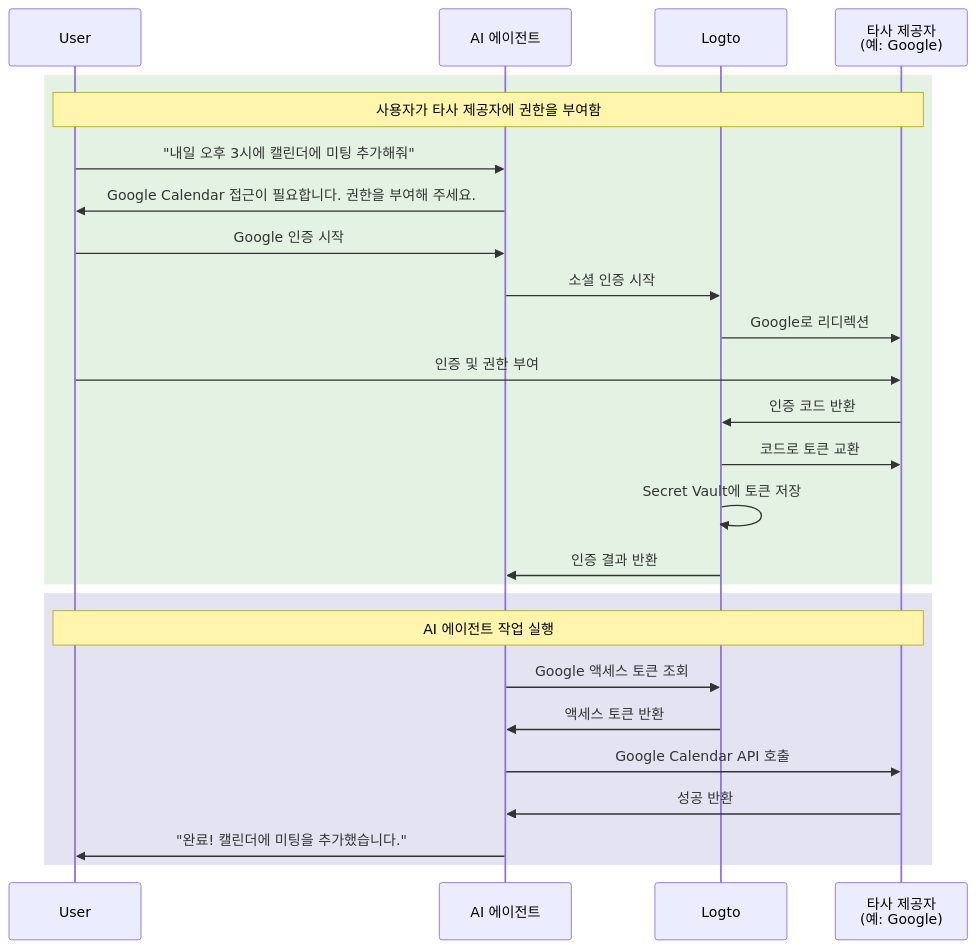
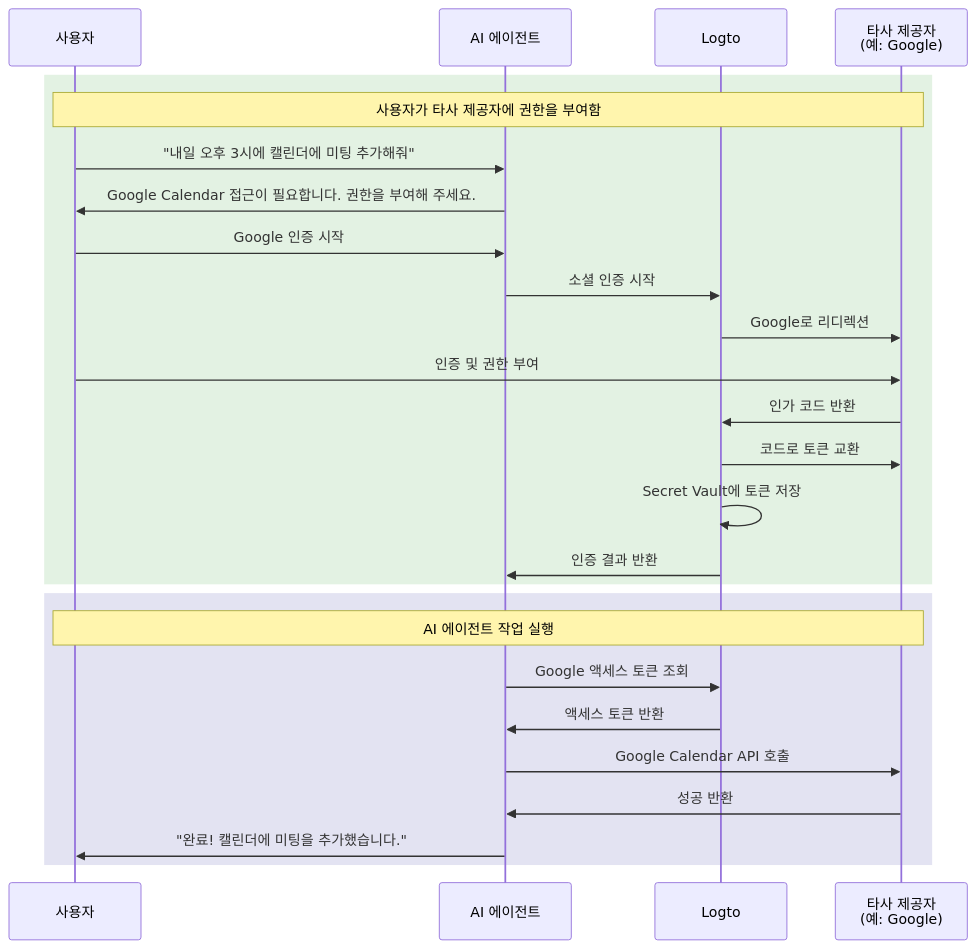
The diagram in i18n/ko/docusaurus-plugin-content-docs/current/use-cases/ai/connect-your-agent-to-third-party-apis.mdx (logto-io/docs), drawn with Mermaid before and after one commit. The commit also changed other lines of this file and 89 other files, not shown here.

````diff
--- a/i18n/ko/docusaurus-plugin-content-docs/current/use-cases/ai/connect-your-agent-to-third-party-apis.mdx
+++ b/i18n/ko/docusaurus-plugin-content-docs/current/use-cases/ai/connect-your-agent-to-third-party-apis.mdx
@@ -32,30 +36,30 @@
 ```mermaid
 sequenceDiagram
-    participant User
+    participant User as 사용자
     participant Agent as AI 에이전트
     participant Logto
     participant Google as 타사 제공자<br/>(예: Google)
 
     rect rgba(200, 230, 200, 0.5)
         Note over User, Google: 사용자가 타사 제공자에 권한을 부여함
         User->>Agent: "내일 오후 3시에 캘린더에 미팅 추가해줘"
         Agent->>User: Google Calendar 접근이 필요합니다. 권한을 부여해 주세요.
         User->>Agent: Google 인증 시작
         Agent->>Logto: 소셜 인증 시작
         Logto->>Google: Google로 리디렉션
         User->>Google: 인증 및 권한 부여
-        Google->>Logto: 인증 코드 반환
+        Google->>Logto: 인가 코드 반환
         Logto->>Google: 코드로 토큰 교환
         Logto->>Logto: Secret Vault에 토큰 저장
         Logto->>Agent: 인증 결과 반환
     end
 
     rect rgba(200, 200, 230, 0.5)
         Note over User, Google: AI 에이전트 작업 실행
         Agent->>Logto: Google 액세스 토큰 조회
         Logto->>Agent: 액세스 토큰 반환
         Agent->>Google: Google Calendar API 호출
         Google->>Agent: 성공 반환
         Agent->>User: "완료! 캘린더에 미팅을 추가했습니다."
     end
 ```
````
